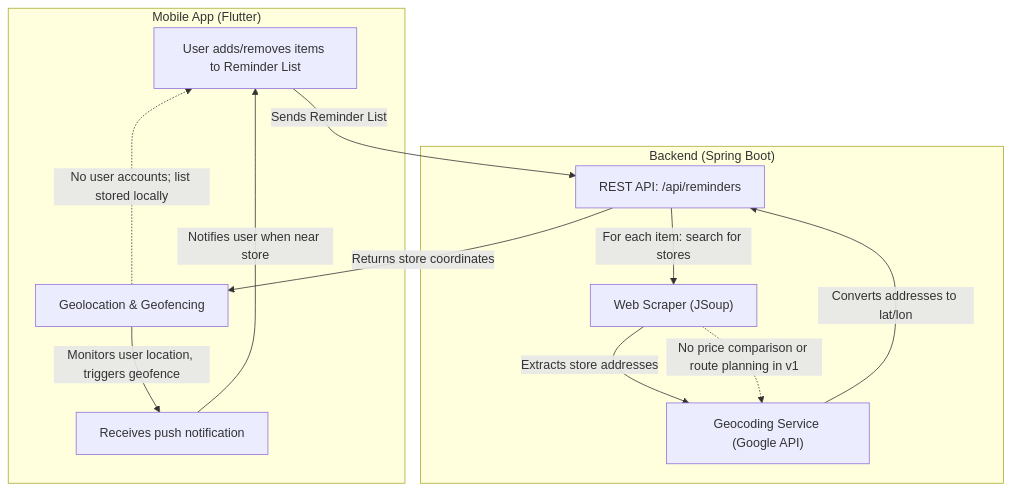
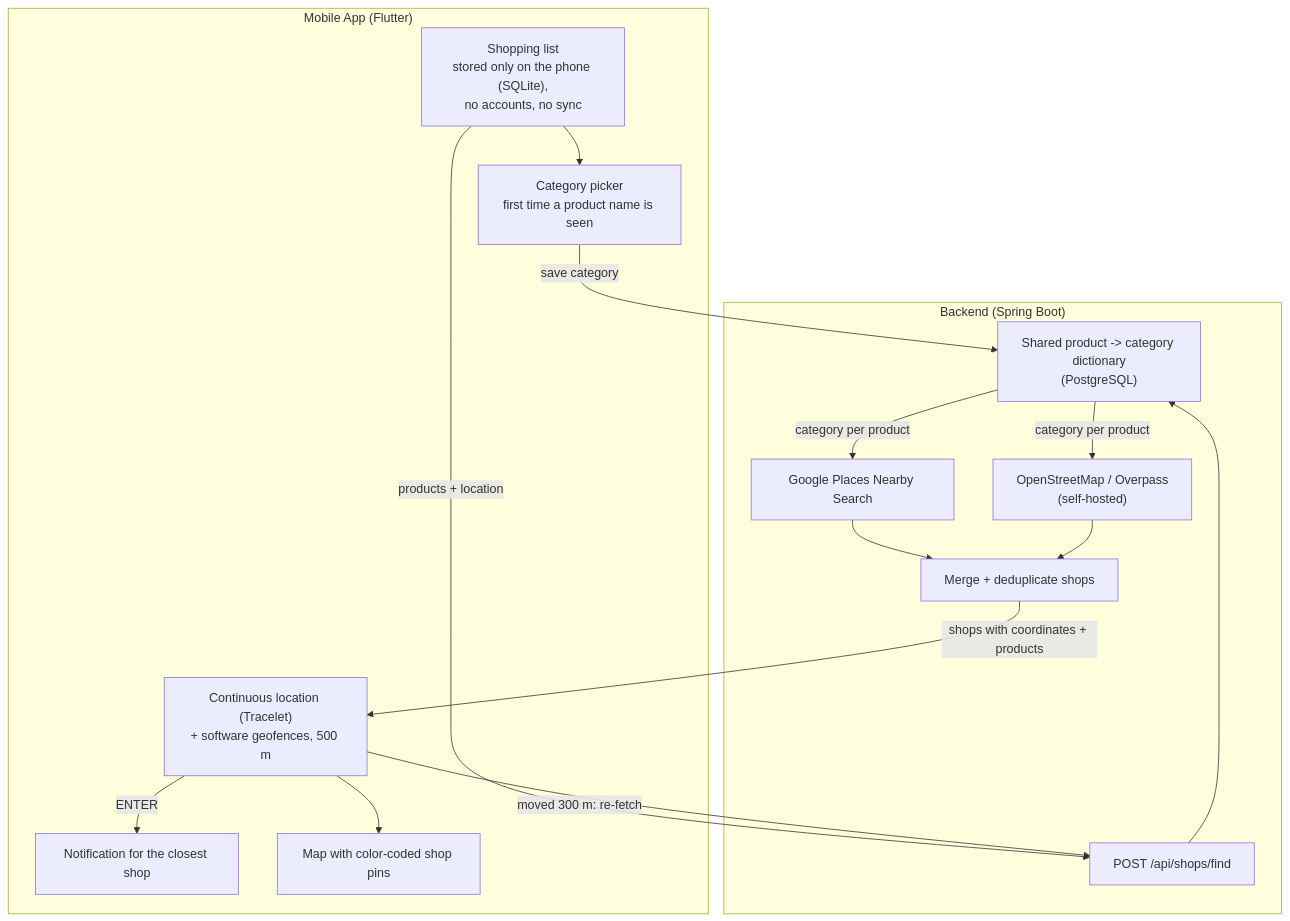
The diagram in Diagrams/v1_architecture.mmd (razvanexu/BuyBeacon), drawn with Mermaid before and after one commit. The commit also changed 11 other files, not shown here.

First line of the commit message:
docs: redraw diagrams for current architecture

```diff
--- a/Diagrams/v1_architecture.mmd
+++ b/Diagrams/v1_architecture.mmd
@@ -1,21 +1,28 @@
 flowchart TD
-    subgraph "Mobile App (Flutter)"
-        A1["User adds/removes items to Reminder List"]
-        A2["Geolocation & Geofencing"]
-        A3["Receives push notification"]
+    subgraph App["Mobile App (Flutter)"]
+        A1["Shopping list<br/>stored only on the phone (SQLite),<br/>no accounts, no sync"]
+        A2["Category picker<br/>first time a product name is seen"]
+        A3["Continuous location (Tracelet)<br/>+ software geofences, 500 m"]
+        A4["Notification for the closest shop"]
+        A5["Map with color-coded shop pins"]
     end
-    subgraph "Backend (Spring Boot)"
-        B1["REST API: /api/reminders"]
-        B2["Web Scraper (JSoup)"]
-        B3["Geocoding Service (Google API)"]
+    subgraph Backend["Backend (Spring Boot)"]
+        B1["POST /api/shops/find"]
+        B2["Shared product -> category dictionary<br/>(PostgreSQL)"]
+        B3["Google Places Nearby Search"]
+        B4["OpenStreetMap / Overpass<br/>(self-hosted)"]
+        B5["Merge + deduplicate shops"]
     end
-    A1 -->|"Sends Reminder List"| B1
-    B1 -->|"For each item: search for stores"| B2
-    B2 -->|"Extracts store addresses"| B3
-    B3 -->|"Converts addresses to lat/lon"| B1
-    B1 -->|"Returns store coordinates"| A2
-    A2 -->|"Monitors user location, triggers geofence"| A3
-    A3 -->|"Notifies user when near store"| A1
-    %% Notes
-    A2 -.->|"No user accounts; list stored locally"| A1
-    B2 -.->|"No price comparison or route planning in v1"| B3 
+
+    A1 --> A2
+    A2 -->|"save category"| B2
+    A1 -->|"products + location"| B1
+    B1 --> B2
+    B2 -->|"category per product"| B3
+    B2 -->|"category per product"| B4
+    B3 --> B5
+    B4 --> B5
+    B5 -->|"shops with coordinates + products"| A3
+    A3 -->|"moved 300 m: re-fetch"| B1
+    A3 -->|"ENTER"| A4
+    A3 --> A5
```
